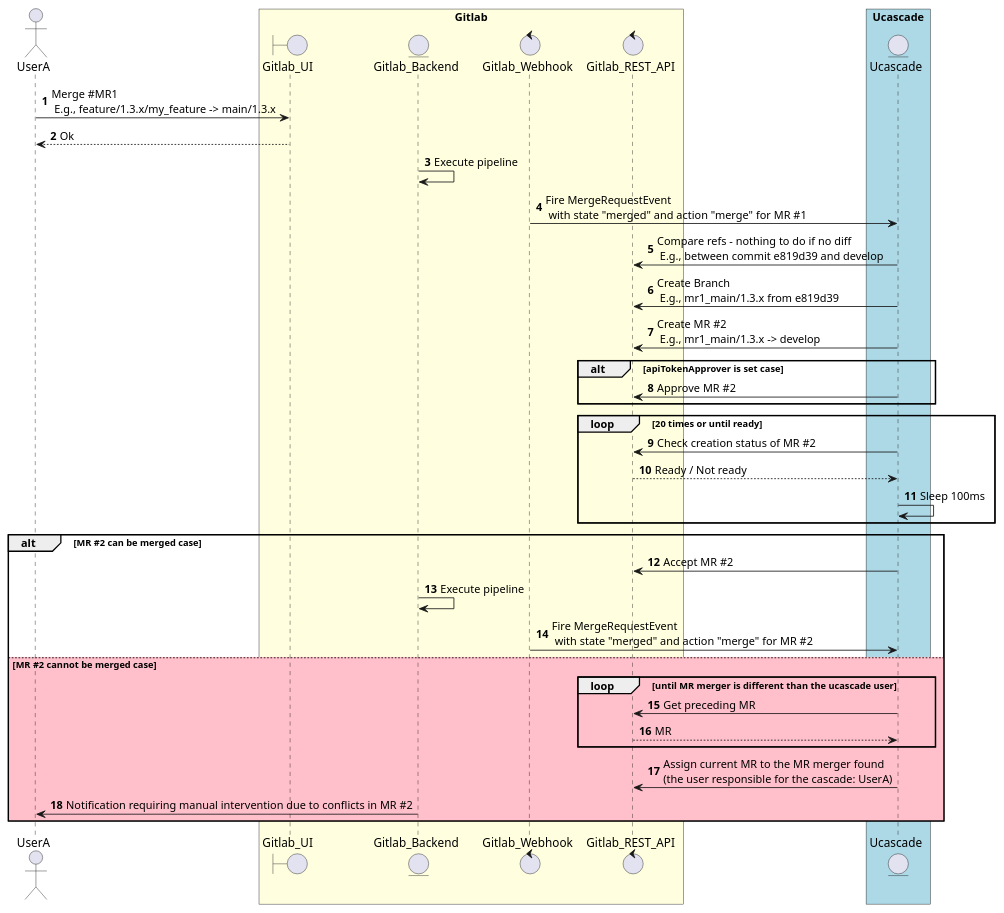
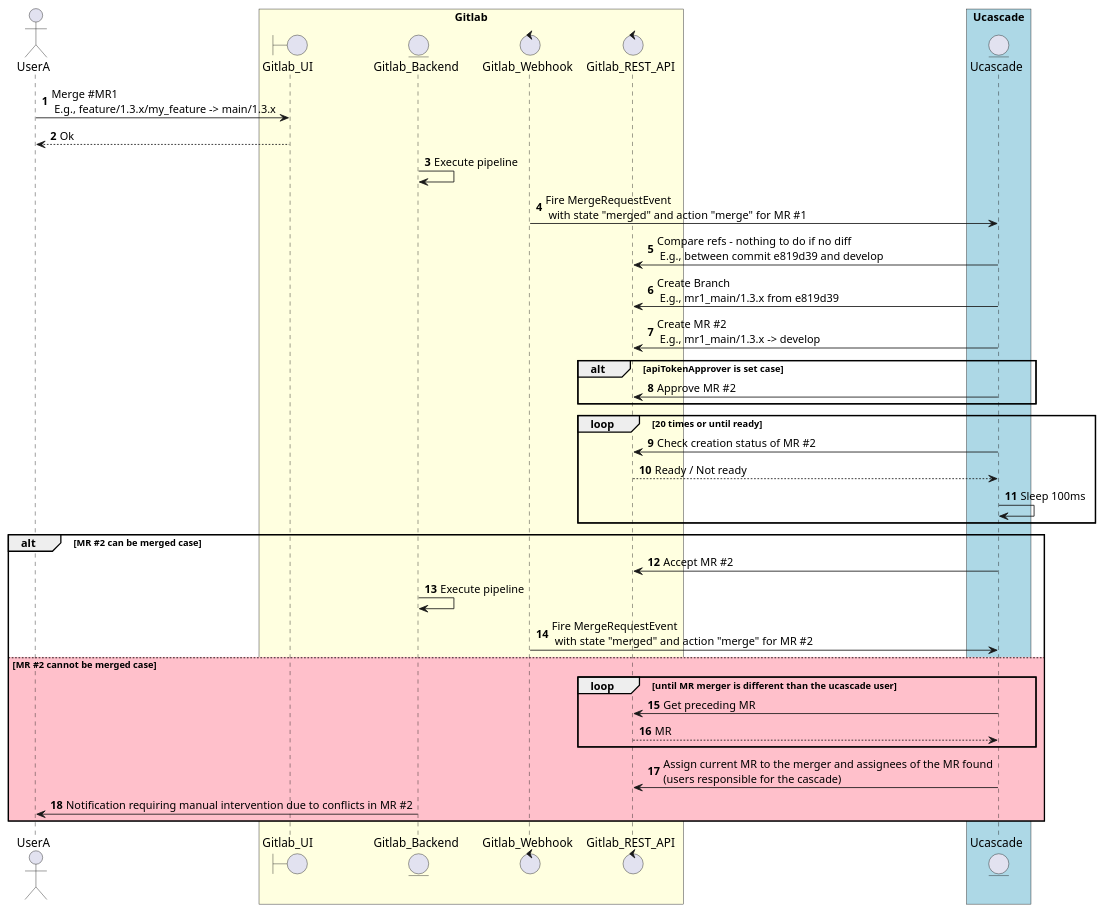
Before and after one commit to unblu/ucascade: the diagram in _documentation/src/docs/diagrams/high-level-workflow.puml, drawn with PlantUML. The commit also changed 8 other files, not shown here.

First line of the commit message:
Assignees of the origin MR are also cascade responsible (#15)

```diff
--- a/_documentation/src/docs/diagrams/high-level-workflow.puml
+++ b/_documentation/src/docs/diagrams/high-level-workflow.puml
@@ -1,43 +1,43 @@
 @startuml high-level-workflow
 'normal case'
 autonumber
 
 actor       UserA          as user
 box "Gitlab" #LightYellow
 boundary    Gitlab_UI       as ui
 entity      Gitlab_Backend  as gitlab
 control     Gitlab_Webhook  as webhook
 control     Gitlab_REST_API as restAPI
 end box
 box "Ucascade" #LightBlue
 entity      Ucascade        as ucascade
 end box
 
 user->ui: Merge #MR1 \n E.g., feature/1.3.x/my_feature -> main/1.3.x
 user<--ui: Ok
 gitlab->gitlab: Execute pipeline
 webhook->ucascade: Fire MergeRequestEvent\n with state "merged" and action "merge" for MR #1
 ucascade->restAPI: Compare refs - nothing to do if no diff\n E.g., between commit e819d39 and develop
 ucascade->restAPI: Create Branch\n E.g., mr1_main/1.3.x from e819d39
 ucascade->restAPI: Create MR #2\n E.g., mr1_main/1.3.x -> develop
 alt apiTokenApprover is set case
     ucascade->restAPI: Approve MR #2
 end
 loop 20 times or until ready
     ucascade->restAPI: Check creation status of MR #2
     ucascade<--restAPI: Ready / Not ready
     ucascade->ucascade: Sleep 100ms
 end
 alt MR #2 can be merged case
     ucascade->restAPI: Accept MR #2
     gitlab->gitlab: Execute pipeline
     webhook->ucascade: Fire MergeRequestEvent\n with state "merged" and action "merge" for MR #2
 else #Pink MR #2 cannot be merged case
     loop until MR merger is different than the ucascade user
         ucascade->restAPI: Get preceding MR
         restAPI-->ucascade: MR
     end
-    ucascade->restAPI: Assign current MR to the MR merger found\n(the user responsible for the cascade: UserA)
+    ucascade->restAPI: Assign current MR to the merger and assignees of the MR found\n(users responsible for the cascade)
     user<-gitlab: Notification requiring manual intervention due to conflicts in MR #2
 end
 @enduml
```
